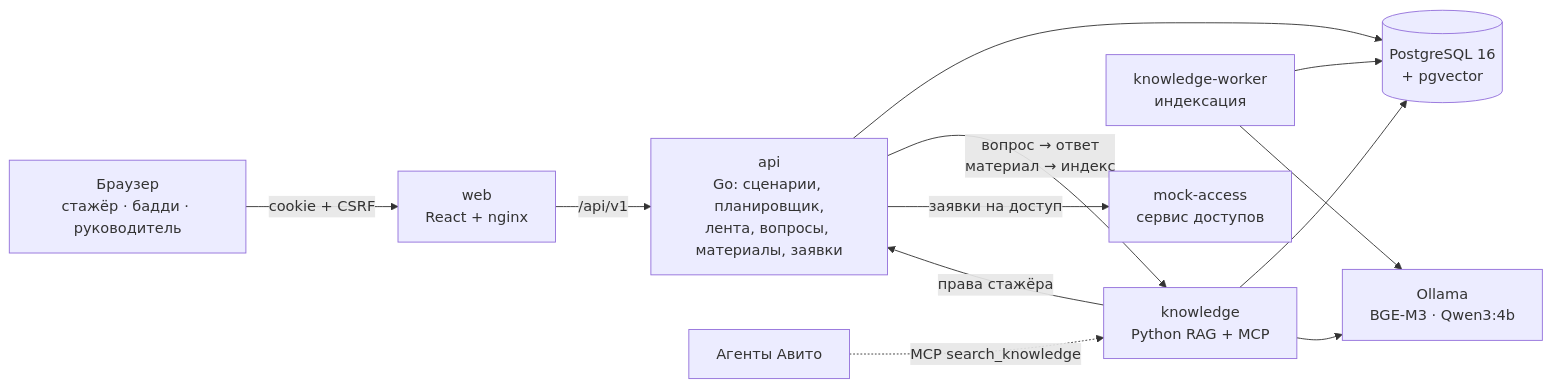
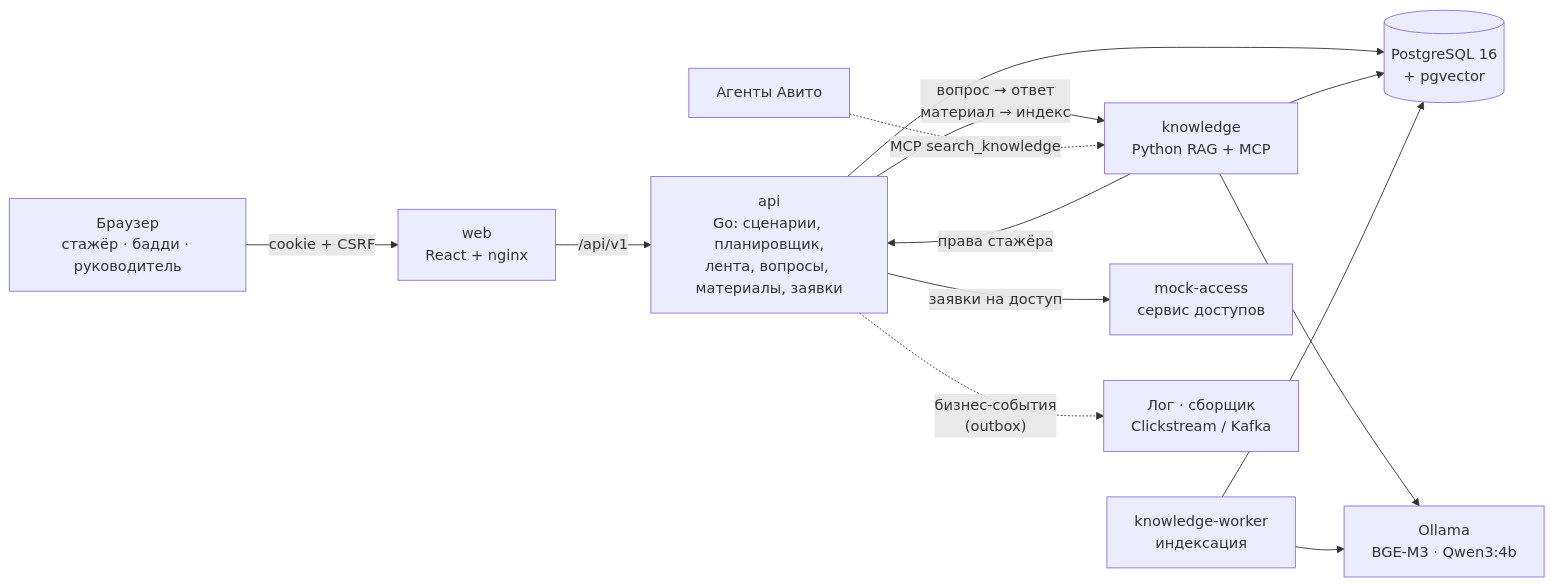
Before and after one commit to ilhenyco/ai-buddy: the diagram in README.md, drawn with Mermaid. The commit also changed other lines of this file and 24 other files, not shown here.

First line of the commit message:
feat(backend): outbox бизнес-событий

````diff
--- a/README.md
+++ b/README.md
@@ -47,14 +48,15 @@
 ```mermaid
 flowchart LR
   user["Браузер<br/>стажёр · бадди · руководитель"] -->|"cookie + CSRF"| web["web<br/>React + nginx"]
   web -->|"/api/v1"| api["api<br/>Go: сценарии, планировщик,<br/>лента, вопросы, материалы, заявки"]
   api --> db[("PostgreSQL 16<br/>+ pgvector")]
   api -->|"вопрос → ответ<br/>материал → индекс"| rag["knowledge<br/>Python RAG + MCP"]
   rag -->|"права стажёра"| api
   rag --> db
   worker["knowledge-worker<br/>индексация"] --> db
   rag --> ollama["Ollama<br/>BGE-M3 · Qwen3:4b"]
   worker --> ollama
   api -->|"заявки на доступ"| access["mock-access<br/>сервис доступов"]
   agents["Агенты Авито"] -.->|"MCP search_knowledge"| rag
+  api -.->|"бизнес-события<br/>(outbox)"| events["Лог · сборщик<br/>Clickstream / Kafka"]
 ```
````
